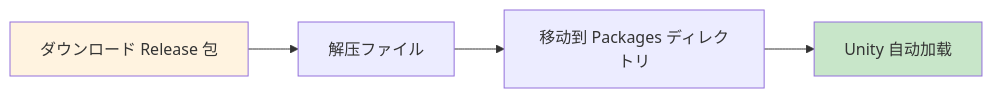
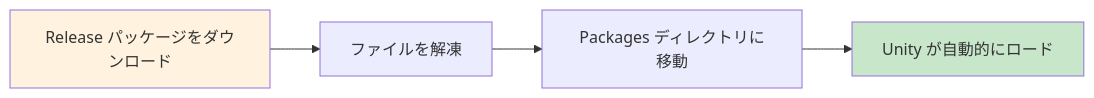
Before and after one commit to AlianBlank/GameFrameX.Docs: the third of 3 diagrams in docs/ja/client/unity/component/web/02.installation.md, drawn with Mermaid. The commit also changed other lines of this file and 320 other files, not shown here.

````diff
--- a/docs/ja/client/unity/component/web/02.installation.md
+++ b/docs/ja/client/unity/component/web/02.installation.md
@@ -115,9 +115,9 @@
 ```mermaid
 flowchart LR
-    A[ダウンロード Release 包] --> B[解压ファイル]
-    B --> C[移动到 Packages ディレクトリ]
-    C --> D[Unity 自动加载]
+    A[Release パッケージをダウンロード] --> B[ファイルを解凍]
+    B --> C[Packages ディレクトリに移動]
+    C --> D[Unity が自動的にロード]
     
     style A fill:#fff3e0
     style D fill:#c8e6c9
 ```
````
